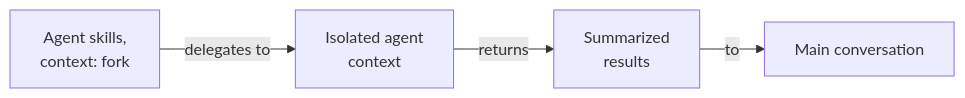
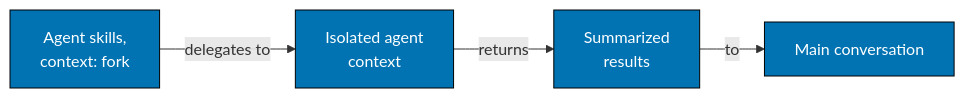
The diagram in repo-governance/repository-governance-architecture/agent-skills-fork-delivery.md (wahidyankf/ose-public), drawn with Mermaid before and after one commit. The commit also changed 220 other files, not shown here.

First line of the commit message:
docs: split mermaid labels to 20 graphemes and add palette defaults

````diff
--- a/repo-governance/repository-governance-architecture/agent-skills-fork-delivery.md
+++ b/repo-governance/repository-governance-architecture/agent-skills-fork-delivery.md
@@ -12,8 +12,9 @@
 ```mermaid
 flowchart LR
     accTitle: Fork agent skills (Task Delegation)
     accDescr: Agent skills, context: fork leads to Isolated agent context via delegates to; Isolated agent context leads to Summarized results via returns; Summarized results leads to Main conversation via to.
     S["Agent skills,<br/>context: fork"] -->|delegates to| I["Isolated agent<br/>context"]
     I -->|returns| R["Summarized<br/>results"]
     R -->|to| M["Main conversation"]
+    classDef default fill:#0173B2,stroke:#000000,color:#FFFFFF
 ```
````
